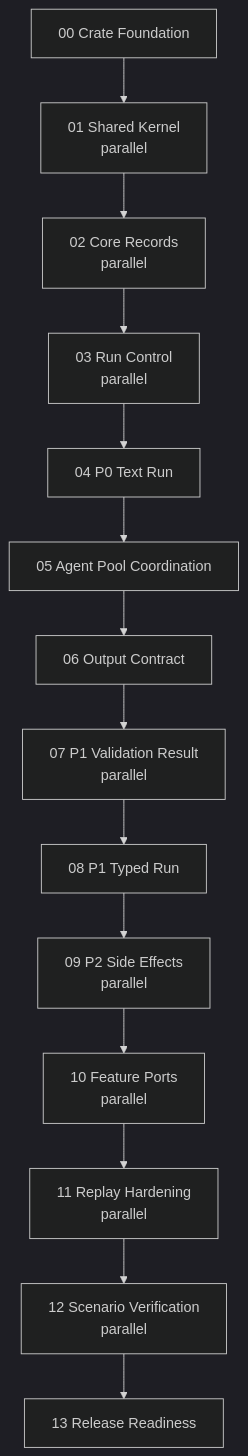
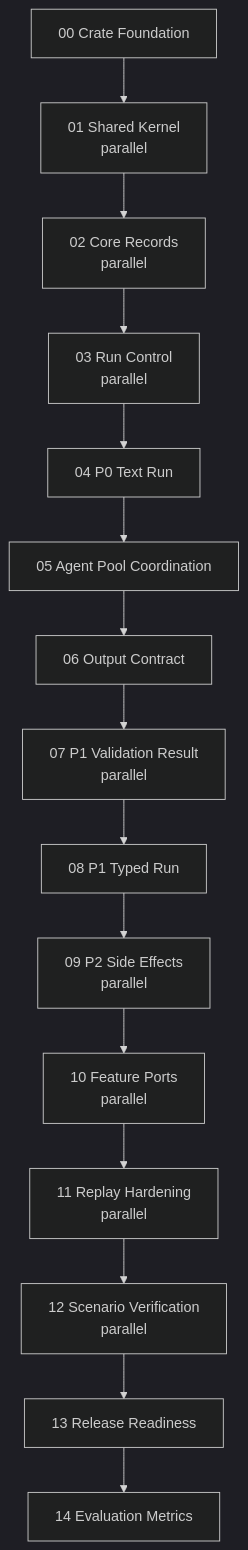
The diagram in docs/implementation-workstreams/README.md (heyclawdia/clawdia_sdk), drawn with Mermaid (dark theme) before and after one commit. The commit also changed other lines of this file and 16 other files, not shown here.

````diff
--- a/docs/implementation-workstreams/README.md
+++ b/docs/implementation-workstreams/README.md
@@ -58,16 +60,17 @@
 ```mermaid
 flowchart TD
   P00["00 Crate Foundation"] --> P01["01 Shared Kernel<br/>parallel"]
   P01 --> P02["02 Core Records<br/>parallel"]
   P02 --> P03["03 Run Control<br/>parallel"]
   P03 --> P04["04 P0 Text Run"]
   P04 --> P05["05 Agent Pool Coordination"]
   P05 --> P06["06 Output Contract"]
   P06 --> P07["07 P1 Validation Result<br/>parallel"]
   P07 --> P08["08 P1 Typed Run"]
   P08 --> P09["09 P2 Side Effects<br/>parallel"]
   P09 --> P10["10 Feature Ports<br/>parallel"]
   P10 --> P11["11 Replay Hardening<br/>parallel"]
   P11 --> P12["12 Scenario Verification<br/>parallel"]
   P12 --> P13["13 Release Readiness"]
+  P13 --> P14["14 Evaluation Metrics"]
 ```
````
